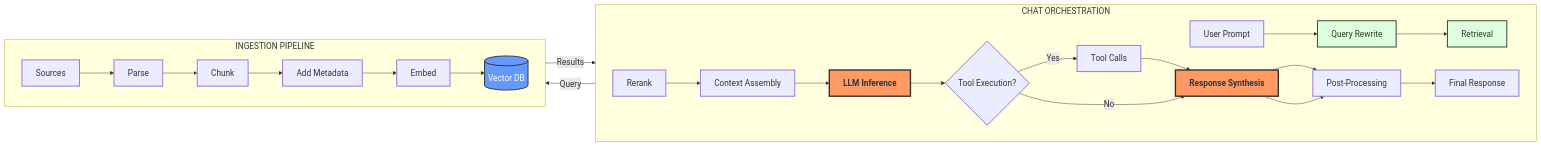
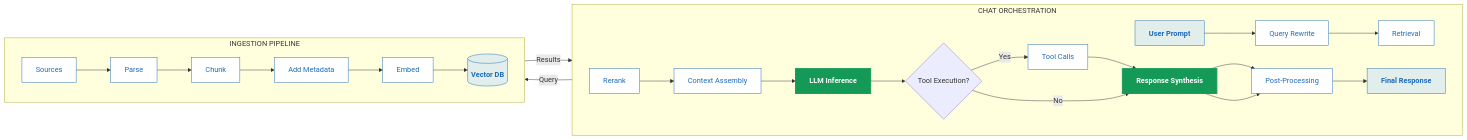
Before and after one commit to vrraj/chat-with-rag: the second of 2 diagrams in README.md, drawn with Mermaid. The commit also changed other lines of this file, not shown here.

````diff
--- a/README.md
+++ b/README.md
@@ -62,41 +90,40 @@
 ```mermaid
-%%{init: {'themeVariables': { 'fontSize': '18px', 'subgraphFontSize': '22px'}}}%%
+%%{init: {'themeVariables': { 'fontSize': '16px', 'subgraphFontSize': '20px', 'subgraphTitleColor': '#1e6bb8'}}}%%
 graph LR
-    %% Global Styling
-    classDef default stroke-width:2px,rect:round;
-    classDef highlight fill:#f96,stroke:#333,stroke-width:3px,font-weight:bold;
-    classDef storage fill:#69f,color:#fff,stroke:#333;
-    classDef logic fill:#dfd,stroke:#333;
+    %% Theme Styling from your finalized Hub
+    classDef core fill:#e2eeec,stroke:#1e6bb8,stroke-width:1px,color:#1e6bb8,font-weight:bold;
+    classDef feat fill:#ffffff,stroke:#1e6bb8,stroke-width:1px,color:#1e6bb8;
+    classDef highlight fill:#159957,stroke:#159957,stroke-width:2px,color:#fff,font-weight:bold;
 
     subgraph "CHAT ORCHESTRATION"
         direction LR
         U[User Prompt] --> QR[Query Rewrite]
         QR --> Search[Retrieval]
 
         %% Return path from Ingestion back to Chat
         R[Rerank] --> Ctx[Context Assembly] --> Inf[LLM Inference]
 
         Inf --> Tools{Tool Execution?}
         Tools -- "Yes" --> API[Tool Calls] --> Synth[Response Synthesis] --> Post[Post-Processing]
         Tools -- "No" --> Synth
         Synth --> Post
         Post --> Out[Final Response]
     end
 
     subgraph "INGESTION PIPELINE"
         direction LR
         S[Sources] --> P[Parse] --> C[Chunk] --> D[Add Metadata] --> E[Embed] --> DB[(Vector DB)]
     end
 
-    %% PHYSICAL CONNECTIONS (Crossing Subgraphs)
-    %% 1. Search logic enters Ingestion to hit the DB
+    %% PHYSICAL CONNECTIONS
     Search -- "Query" --> DB
-    
-    %% 2. DB returns results back to the Search node or directly to Rerank
     DB -- "Results" --> R
 
-    %% Apply Classes to match v2.0 features
+    %% Apply Themes
+    %% Using 'core' style for the main entry/exit and database
+    class U,Out,DB core;
+    %% Using 'feat' style for standard logic steps
+    class QR,Search,R,Ctx,API,Post,S,P,C,D,E feat;
+    %% Using 'highlight' (Cayman Green) for the critical LLM stages
     class Inf,Synth highlight;
-    class DB storage;
-    class QR,Search logic;
 ```
````
